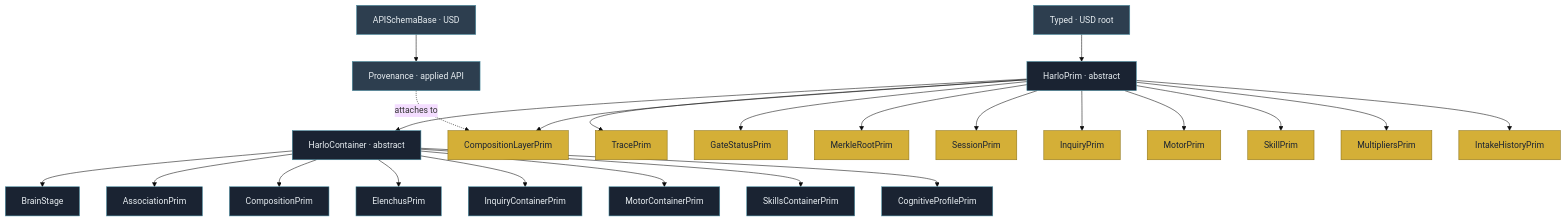
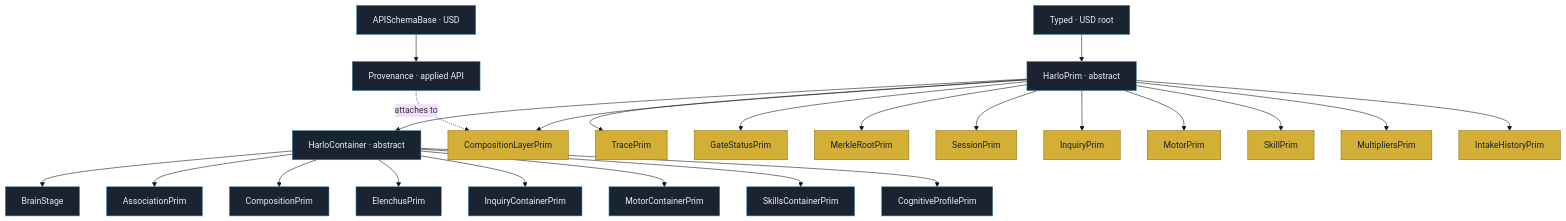
The second of 8 diagrams in README.md (JosephOIbrahim/Harlo), drawn with Mermaid (base theme) before and after one commit. The commit also changed other lines of this file, not shown here.

First line of the commit message:
docs: collapse Mermaid classDefs to true duotone

````diff
--- a/README.md
+++ b/README.md
@@ -100,59 +99,58 @@
 ```mermaid
 flowchart TB
-    Typed["Typed · USD root"]:::utility
+    Typed["Typed · USD root"]:::substrate
 
     HP["HarloPrim · abstract"]:::substrate
     HC["HarloContainer · abstract"]:::substrate
 
     Typed --> HP
     HP --> HC
 
     BS["BrainStage"]:::substrate
     AP["AssociationPrim"]:::substrate
     CP["CompositionPrim"]:::substrate
     EP["ElenchusPrim"]:::substrate
     ICP["InquiryContainerPrim"]:::substrate
     MCP["MotorContainerPrim"]:::substrate
     SCP["SkillsContainerPrim"]:::substrate
     CPP["CognitiveProfilePrim"]:::substrate
 
     HC --> BS
     HC --> AP
     HC --> CP
     HC --> EP
     HC --> ICP
     HC --> MCP
     HC --> SCP
     HC --> CPP
 
     TP["TracePrim"]:::runtime
     CLP["CompositionLayerPrim"]:::runtime
     GSP["GateStatusPrim"]:::runtime
     MRP["MerkleRootPrim"]:::runtime
     SP["SessionPrim"]:::runtime
     IP["InquiryPrim"]:::runtime
     MP["MotorPrim"]:::runtime
     SkP["SkillPrim"]:::runtime
     MuP["MultipliersPrim"]:::runtime
     IHP["IntakeHistoryPrim"]:::runtime
 
     HP --> TP
     HP --> CLP
     HP --> GSP
     HP --> MRP
     HP --> SP
     HP --> IP
     HP --> MP
     HP --> SkP
     HP --> MuP
     HP --> IHP
 
-    APIB["APISchemaBase · USD"]:::utility
-    PROV["Provenance · applied API"]:::utility
+    APIB["APISchemaBase · USD"]:::substrate
+    PROV["Provenance · applied API"]:::substrate
     APIB --> PROV
     PROV -.->|"attaches to"| CLP
 
     classDef substrate fill:#1a2332,stroke:#4a90a4,color:#e8eef2
     classDef runtime fill:#d4af37,stroke:#8b7115,color:#1a2332
-    classDef utility fill:#2d3e4f,stroke:#4a90a4,color:#e8eef2
 ```
````
